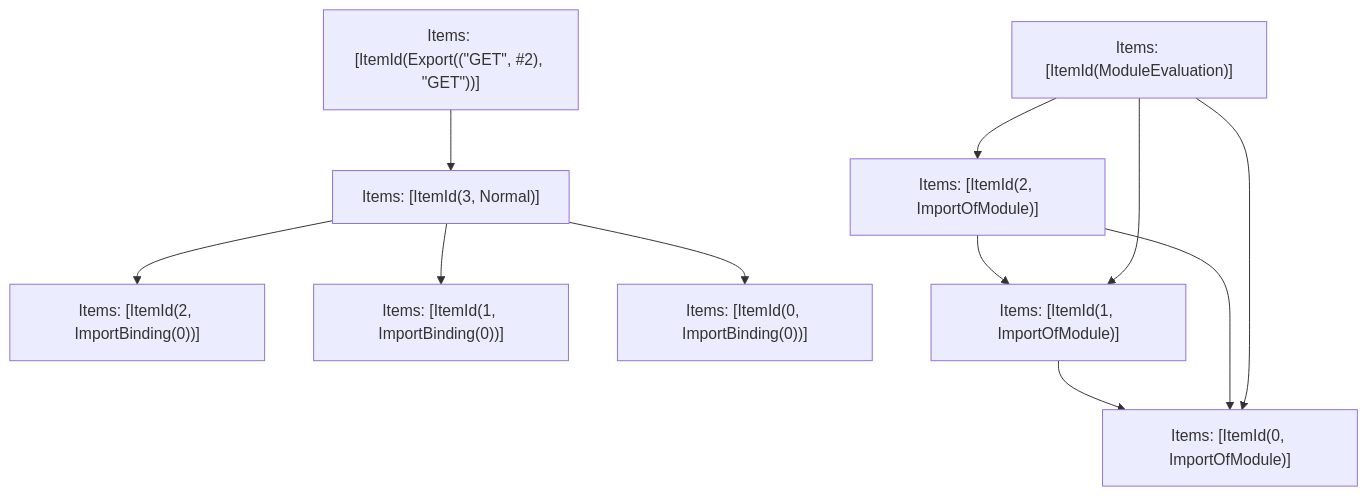
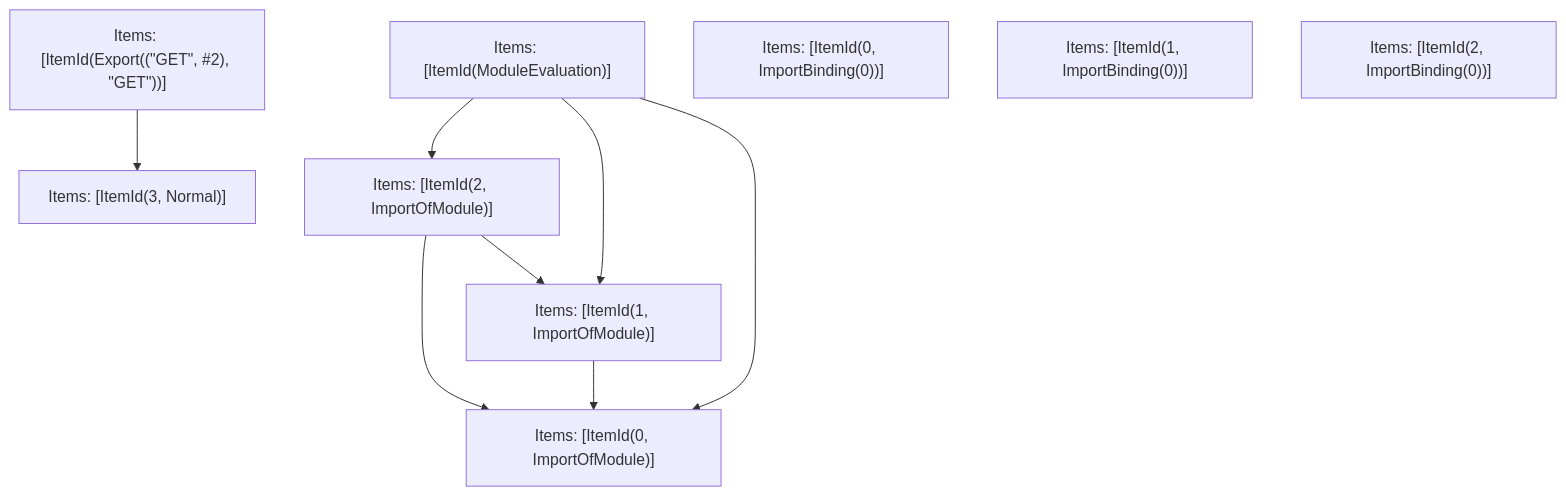
One commit to phidol/next.js changed the fifth of 5 diagrams in turbopack/crates/turbopack-ecmascript/tests/tree-shaker/analyzer/typeof-1/output.md. Above: the diagram before and after it, drawn with Mermaid. The commit also changed other lines of this file and 64 other files, not shown here.

````diff
--- a/turbopack/crates/turbopack-ecmascript/tests/tree-shaker/analyzer/typeof-1/output.md
+++ b/turbopack/crates/turbopack-ecmascript/tests/tree-shaker/analyzer/typeof-1/output.md
@@ -168,22 +168,19 @@
 ```mermaid
 graph TD
-    N0["Items: [ItemId(2, ImportBinding(0))]"];
-    N1["Items: [ItemId(1, ImportBinding(0))]"];
-    N2["Items: [ItemId(0, ImportBinding(0))]"];
+    N0["Items: [ItemId(1, ImportOfModule)]"];
+    N1["Items: [ItemId(2, ImportOfModule)]"];
+    N2["Items: [ItemId(ModuleEvaluation)]"];
     N3["Items: [ItemId(3, Normal)]"];
     N4["Items: [ItemId(Export((&quot;GET&quot;, #2), &quot;GET&quot;))]"];
     N5["Items: [ItemId(0, ImportOfModule)]"];
-    N6["Items: [ItemId(1, ImportOfModule)]"];
-    N7["Items: [ItemId(2, ImportOfModule)]"];
-    N8["Items: [ItemId(ModuleEvaluation)]"];
-    N6 --> N5;
-    N7 --> N5;
-    N7 --> N6;
+    N6["Items: [ItemId(0, ImportBinding(0))]"];
+    N7["Items: [ItemId(1, ImportBinding(0))]"];
+    N8["Items: [ItemId(2, ImportBinding(0))]"];
+    N0 --> N5;
+    N1 --> N5;
+    N1 --> N0;
     N4 --> N3;
-    N3 --> N2;
-    N3 --> N1;
-    N3 --> N0;
-    N8 --> N5;
-    N8 --> N6;
-    N8 --> N7;
+    N2 --> N1;
+    N2 --> N0;
+    N2 --> N5;
 ```
````
